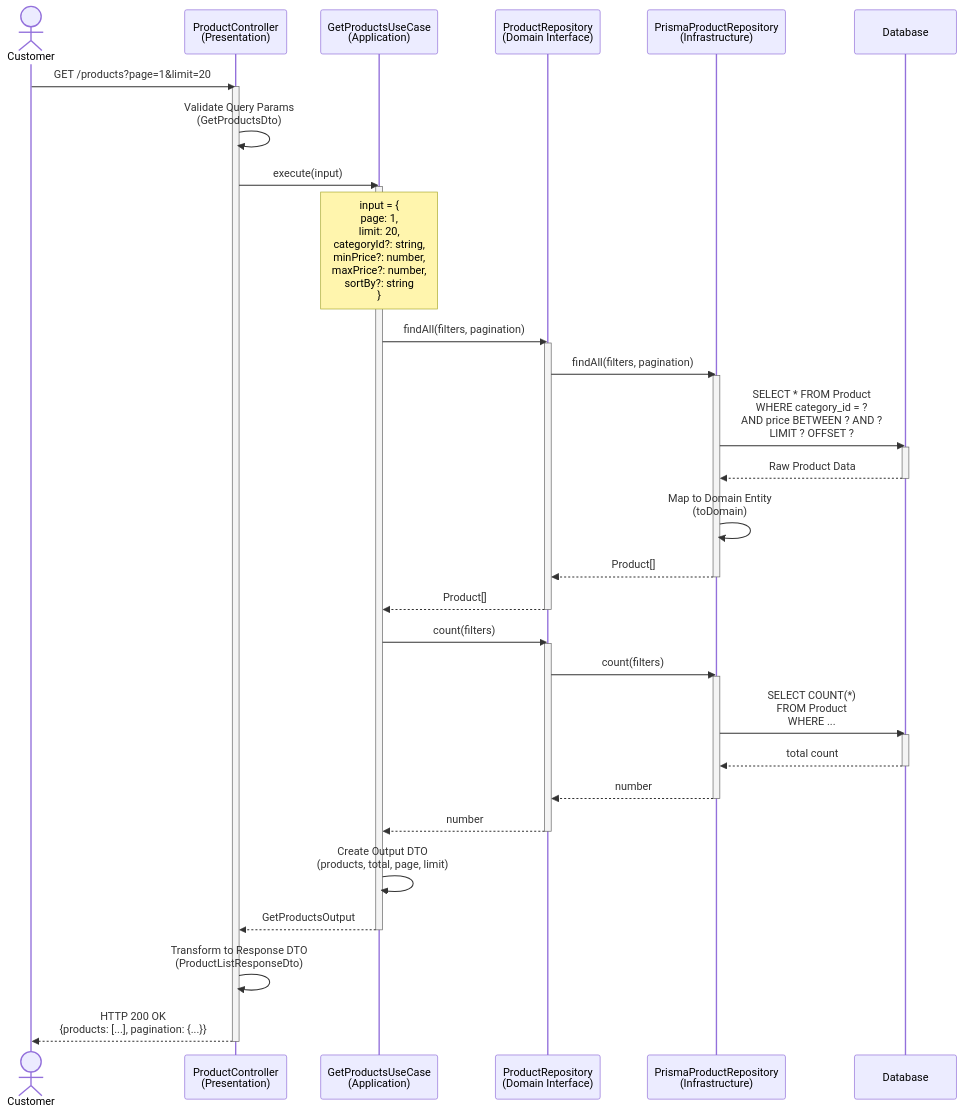
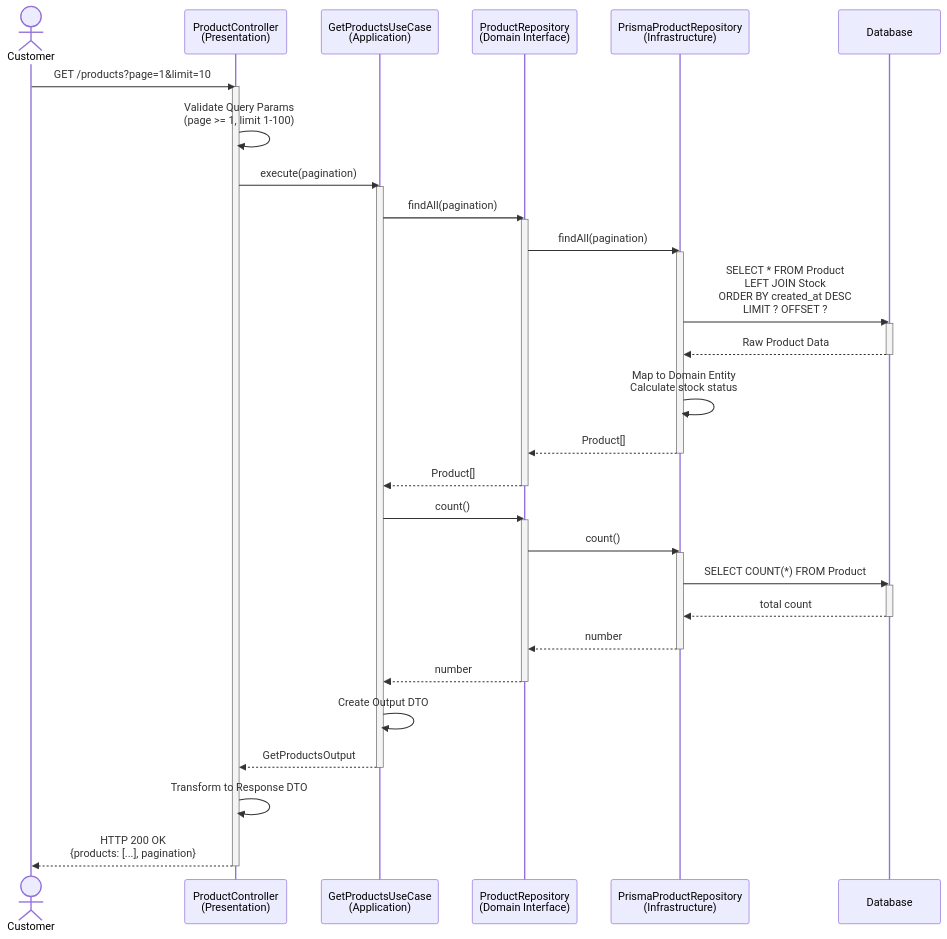
One commit to ywj3493/hhplus-e-commerce changed the first of 5 diagrams in docs/dev/dashboard/product/sequence-diagrams.md. Above: the diagram before and after it, drawn with Mermaid. The commit also changed other lines of this file and 2 other files, not shown here.

First line of the commit message:
docs: update product domain documentation for Issue #007

````diff
--- a/docs/dev/dashboard/product/sequence-diagrams.md
+++ b/docs/dev/dashboard/product/sequence-diagrams.md
@@ -53,57 +53,56 @@
 ```mermaid
 sequenceDiagram
     actor Customer
     participant Controller as ProductController<br/>(Presentation)
     participant UseCase as GetProductsUseCase<br/>(Application)
-    participant Repository as ProductRepository<br/>(Domain Interface)
-    participant RepositoryImpl as PrismaProductRepository<br/>(Infrastructure)
+    participant ProductRepo as ProductRepository<br/>(Domain Interface)
+    participant ProductImpl as PrismaProductRepository<br/>(Infrastructure)
     participant DB as Database
 
-    Customer->>Controller: GET /products?page=1&limit=20
+    Customer->>Controller: GET /products?page=1&limit=10
     activate Controller
 
-    Controller->>Controller: Validate Query Params<br/>(GetProductsDto)
+    Controller->>Controller: Validate Query Params<br/>(page >= 1, limit 1-100)
 
-    Controller->>UseCase: execute(input)
+    Controller->>UseCase: execute(pagination)
     activate UseCase
-    Note over UseCase: input = {<br/>  page: 1,<br/>  limit: 20,<br/>  categoryId?: string,<br/>  minPrice?: number,<br/>  maxPrice?: number,<br/>  sortBy?: string<br/>}
 
-    UseCase->>Repository: findAll(filters, pagination)
-    activate Repository
+    UseCase->>ProductRepo: findAll(pagination)
+    activate ProductRepo
 
-    Repository->>RepositoryImpl: findAll(filters, pagination)
-    activate RepositoryImpl
+    ProductRepo->>ProductImpl: findAll(pagination)
+    activate ProductImpl
 
-    RepositoryImpl->>DB: SELECT * FROM Product<br/>WHERE category_id = ?<br/>AND price BETWEEN ? AND ?<br/>LIMIT ? OFFSET ?
+    ProductImpl->>DB: SELECT * FROM Product<br/>LEFT JOIN Stock<br/>ORDER BY created_at DESC<br/>LIMIT ? OFFSET ?
     activate DB
-    DB-->>RepositoryImpl: Raw Product Data
+    DB-->>ProductImpl: Raw Product Data
     deactivate DB
 
-    RepositoryImpl->>RepositoryImpl: Map to Domain Entity<br/>(toDomain)
-    RepositoryImpl-->>Repository: Product[]
-    deactivate RepositoryImpl
+    ProductImpl->>ProductImpl: Map to Domain Entity<br/>Calculate stock status
+    ProductImpl-->>ProductRepo: Product[]
+    deactivate ProductImpl
 
-    Repository-->>UseCase: Product[]
-    deactivate Repository
+    ProductRepo-->>UseCase: Product[]
+    deactivate ProductRepo
 
-    UseCase->>Repository: count(filters)
-    activate Repository
-    Repository->>RepositoryImpl: count(filters)
-    activate RepositoryImpl
-    RepositoryImpl->>DB: SELECT COUNT(*)<br/>FROM Product<br/>WHERE ...
+    UseCase->>ProductRepo: count()
+    activate ProductRepo
+    ProductRepo->>ProductImpl: count()
+    activate ProductImpl
+    ProductImpl->>DB: SELECT COUNT(*) FROM Product
     activate DB
-    DB-->>RepositoryImpl: total count
+    DB-->>ProductImpl: total count
     deactivate DB
-    RepositoryImpl-->>Repository: number
-    deactivate RepositoryImpl
-    Repository-->>UseCase: number
-    deactivate Repository
+    ProductImpl-->>ProductRepo: number
+    deactivate ProductImpl
+    ProductRepo-->>UseCase: number
+    deactivate ProductRepo
 
-    UseCase->>UseCase: Create Output DTO<br/>(products, total, page, limit)
+    UseCase->>UseCase: Create Output DTO
     UseCase-->>Controller: GetProductsOutput
     deactivate UseCase
 
-    Controller->>Controller: Transform to Response DTO<br/>(ProductListResponseDto)
-    Controller-->>Customer: HTTP 200 OK<br/>{products: [...], pagination: {...}}
+    Controller->>Controller: Transform to Response DTO
+    Controller-->>Customer: HTTP 200 OK<br/>{products: [...], pagination}
     deactivate Controller
 ```
````
